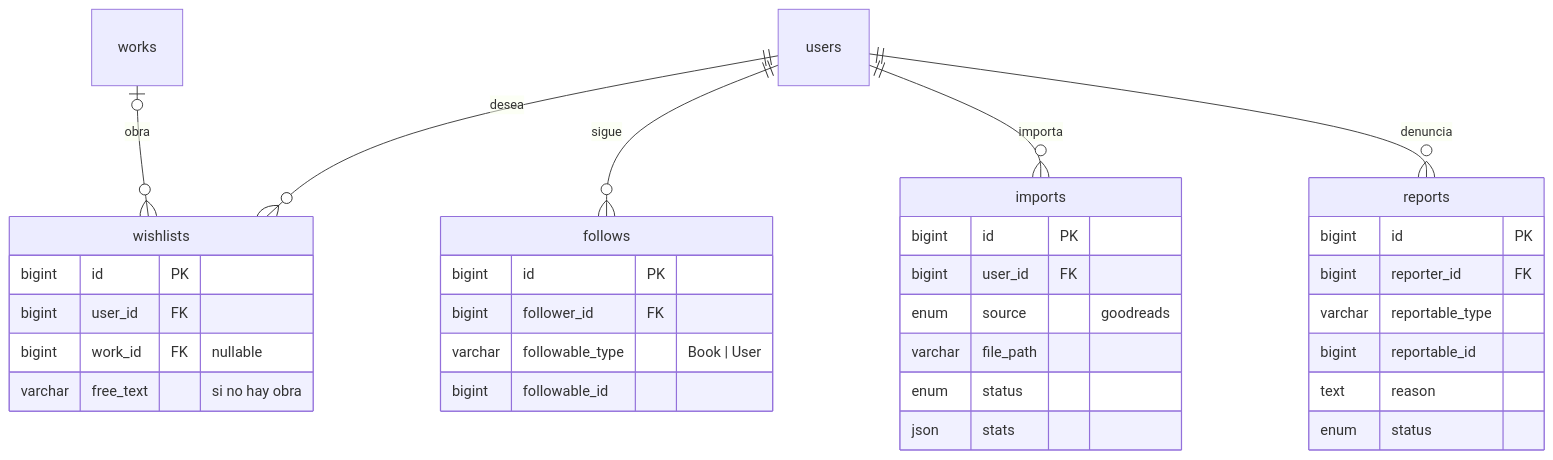
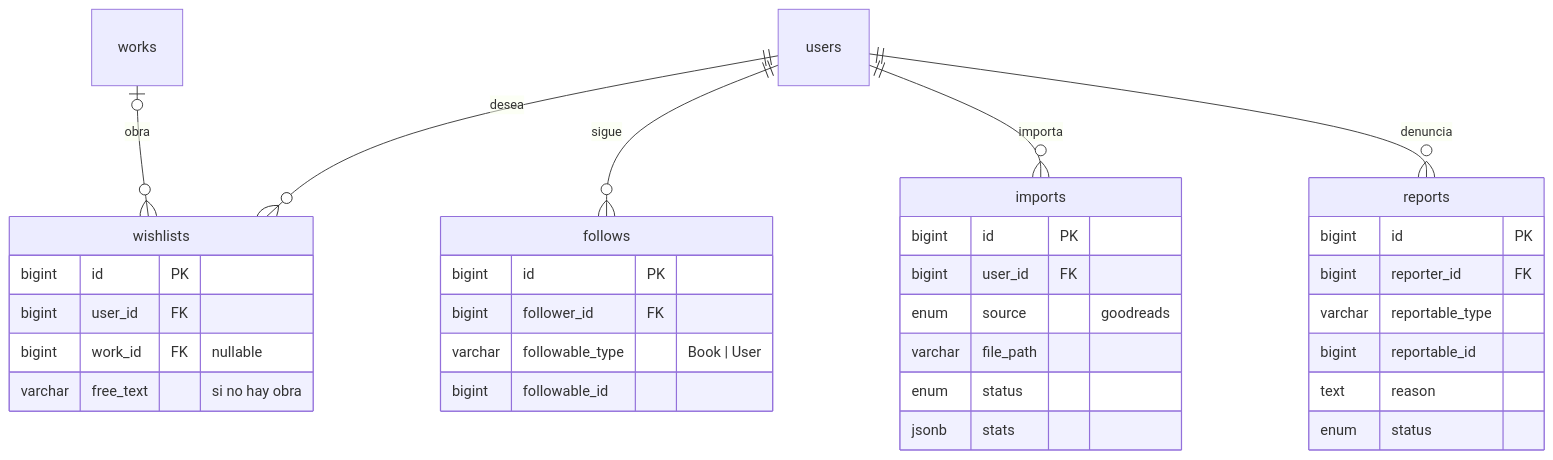
One commit to zStrikke/zBooks changed the fifth of 5 diagrams in docs/diagramas/06-er.md. Above: the diagram before and after it, drawn with Mermaid. The commit also changed other lines of this file and 12 other files, not shown here.

````diff
--- a/docs/diagramas/06-er.md
+++ b/docs/diagramas/06-er.md
@@ -207,37 +221,37 @@
 ```mermaid
 erDiagram
     users ||--o{ wishlists : "desea"
     works |o--o{ wishlists : "obra"
     users ||--o{ follows : "sigue"
     users ||--o{ imports : "importa"
     users ||--o{ reports : "denuncia"
 
     wishlists {
         bigint id PK
         bigint user_id FK
         bigint work_id FK "nullable"
         varchar free_text "si no hay obra"
     }
     follows {
         bigint id PK
         bigint follower_id FK
         varchar followable_type "Book | User"
         bigint followable_id
     }
     imports {
         bigint id PK
         bigint user_id FK
         enum source "goodreads"
         varchar file_path
         enum status
-        json stats
+        jsonb stats
     }
     reports {
         bigint id PK
         bigint reporter_id FK
         varchar reportable_type
         bigint reportable_id
         text reason
         enum status
     }
 ```
````
